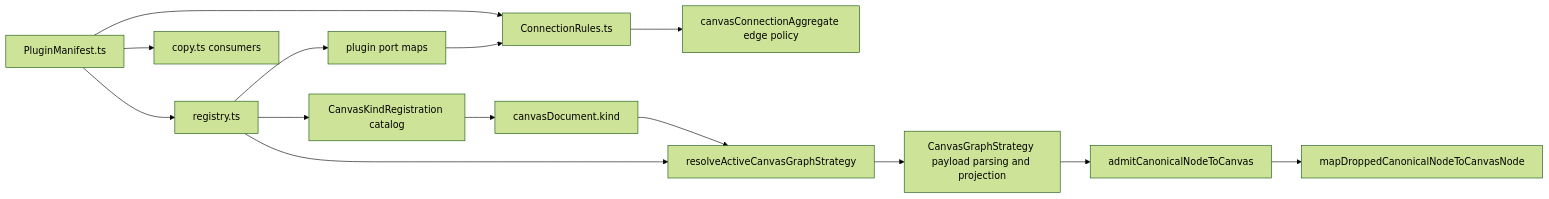
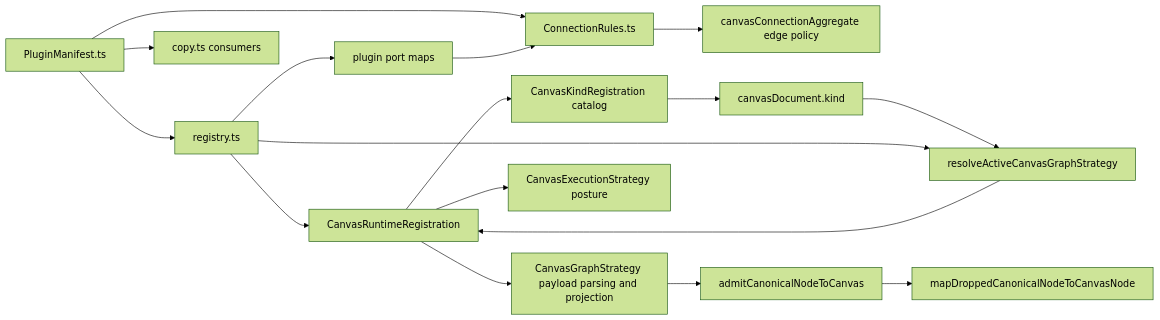
One commit to dunay2/dvt changed the third of 5 diagrams in docs/architecture/components/web/graph/graph-frontend-architecture.md. Above: the diagram before and after it, drawn with Mermaid (forest theme). The commit also changed other lines of this file and 4 other files, not shown here.

Commit message:
test(web): Add semantic Canvas architecture fitness tests

````diff
--- a/docs/architecture/components/web/graph/graph-frontend-architecture.md
+++ b/docs/architecture/components/web/graph/graph-frontend-architecture.md
@@ -171,16 +182,19 @@
 ```mermaid
 flowchart LR
   Manifest["PluginManifest.ts"] --> Registry["registry.ts"]
   Manifest --> Rules["ConnectionRules.ts"]
   Manifest --> Copy["copy.ts consumers"]
   Registry --> PortMap["plugin port maps"]
   PortMap --> Rules
   Rules --> CanvasPolicy["canvasConnectionAggregate edge policy"]
-  Registry --> CanvasKinds["CanvasKindRegistration catalog"]
+  Registry --> Runtime["CanvasRuntimeRegistration"]
+  Runtime --> CanvasKinds["CanvasKindRegistration catalog"]
+  Runtime --> Strategy["CanvasGraphStrategy payload parsing and projection"]
+  Runtime --> Execution["CanvasExecutionStrategy posture"]
   CanvasKinds --> ActiveDocument["canvasDocument.kind"]
   ActiveDocument --> StrategyResolver["resolveActiveCanvasGraphStrategy"]
   Registry --> StrategyResolver
-  StrategyResolver --> Strategy["CanvasGraphStrategy payload parsing and projection"]
+  StrategyResolver --> Runtime
   Strategy --> Admission["admitCanonicalNodeToCanvas"]
   Admission --> ViewportProjection["mapDroppedCanonicalNodeToCanvasNode"]
 ```
````
